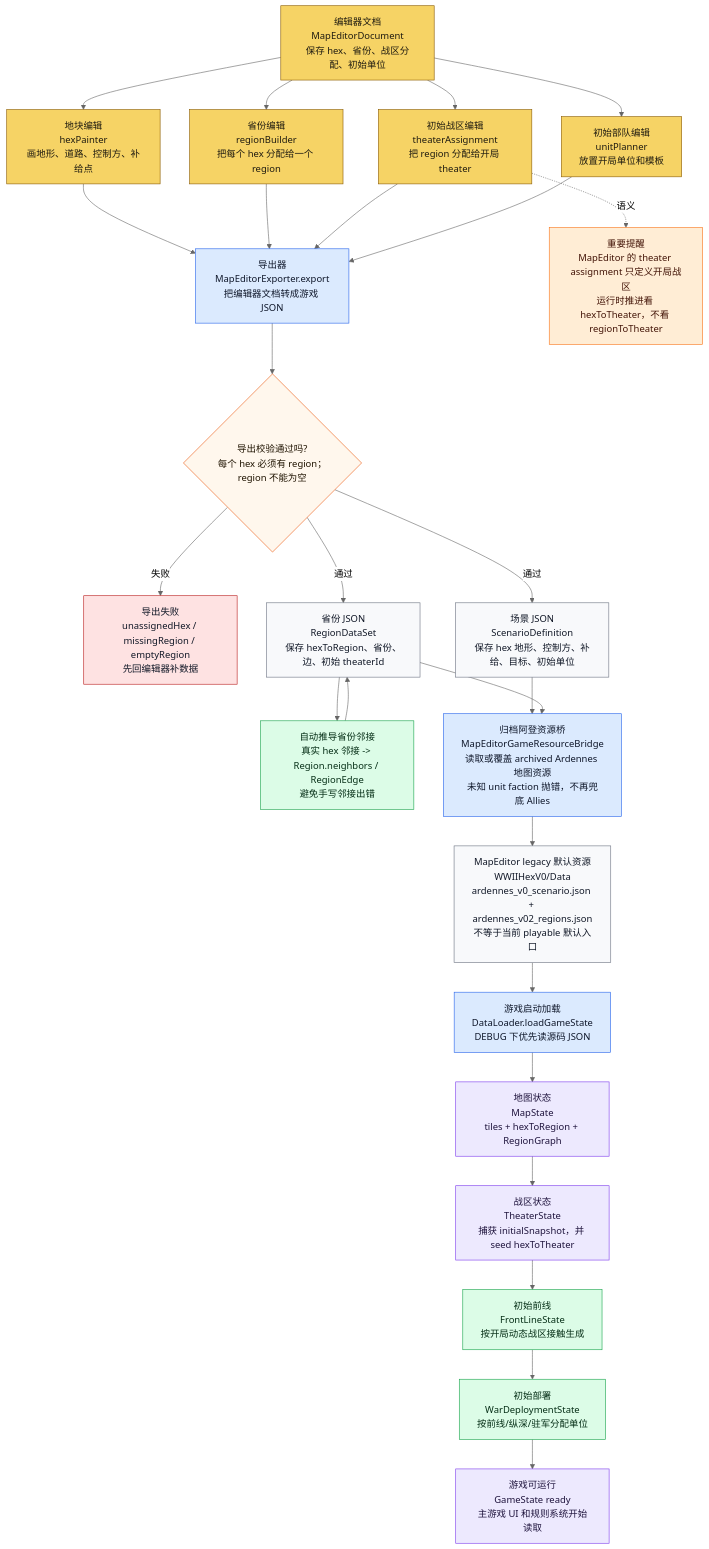
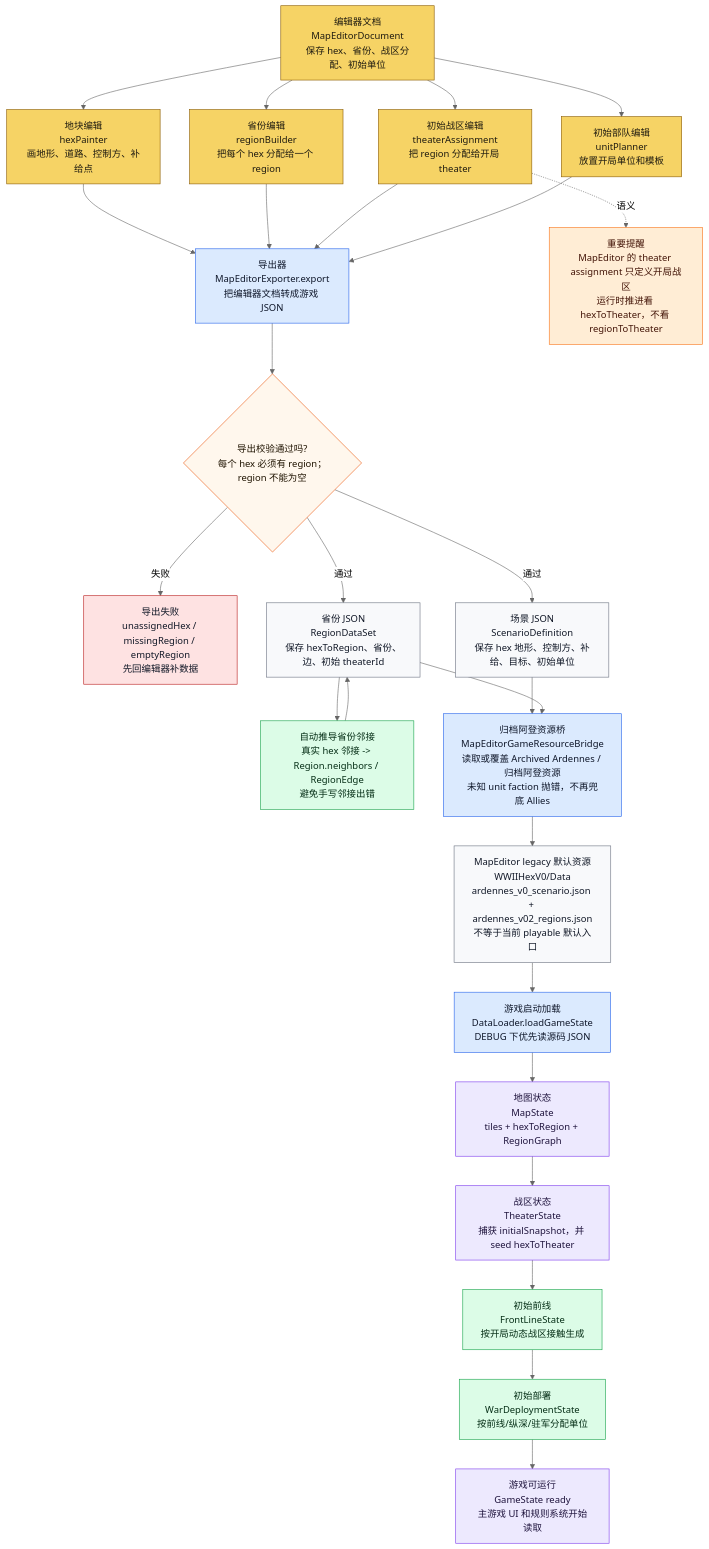
The sixth of 9 diagrams in md/flow/flowchart.md (Altman-sam114/122), drawn with Mermaid (neutral theme) before and after one commit. The commit also changed other lines of this file and 8 other files, not shown here.

````diff
--- a/md/flow/flowchart.md
+++ b/md/flow/flowchart.md
@@ -342,48 +342,48 @@
 ```mermaid
 flowchart TD
     DOC["编辑器文档<br/>MapEditorDocument<br/>保存 hex、省份、战区分配、初始单位"]:::editor
     MODE1["地块编辑<br/>hexPainter<br/>画地形、道路、控制方、补给点"]:::editor
     MODE2["省份编辑<br/>regionBuilder<br/>把每个 hex 分配给一个 region"]:::editor
     MODE3["初始战区编辑<br/>theaterAssignment<br/>把 region 分配给开局 theater"]:::editor
     MODE4["初始部队编辑<br/>unitPlanner<br/>放置开局单位和模板"]:::editor
     EXPORT["导出器<br/>MapEditorExporter.export<br/>把编辑器文档转成游戏 JSON"]:::loader
     CHECK{"导出校验通过吗?<br/>每个 hex 必须有 region；region 不能为空"}:::decision
     ERR["导出失败<br/>unassignedHex / missingRegion / emptyRegion<br/>先回编辑器补数据"]:::stop
     SCEN["场景 JSON<br/>ScenarioDefinition<br/>保存 hex 地形、控制方、补给、目标、初始单位"]:::data
     REG["省份 JSON<br/>RegionDataSet<br/>保存 hexToRegion、省份、边、初始 theaterId"]:::data
     NEI["自动推导省份邻接<br/>真实 hex 邻接 -> Region.neighbors / RegionEdge<br/>避免手写邻接出错"]:::derived
-    BRIDGE["归档阿登资源桥<br/>MapEditorGameResourceBridge<br/>读取或覆盖 archived Ardennes 地图资源<br/>未知 unit faction 抛错，不再兜底 Allies"]:::loader
+    BRIDGE["归档阿登资源桥<br/>MapEditorGameResourceBridge<br/>读取或覆盖 Archived Ardennes / 归档阿登资源<br/>未知 unit faction 抛错，不再兜底 Allies"]:::loader
     FILES["MapEditor legacy 默认资源<br/>WWIIHexV0/Data<br/>ardennes_v0_scenario.json + ardennes_v02_regions.json<br/>不等于当前 playable 默认入口"]:::data
     LOAD["游戏启动加载<br/>DataLoader.loadGameState<br/>DEBUG 下优先读源码 JSON"]:::loader
     MAP["地图状态<br/>MapState<br/>tiles + hexToRegion + RegionGraph"]:::state
     THEATER["战区状态<br/>TheaterState<br/>捕获 initialSnapshot，并 seed hexToTheater"]:::state
     FRONT["初始前线<br/>FrontLineState<br/>按开局动态战区接触生成"]:::derived
     DEPLOY["初始部署<br/>WarDeploymentState<br/>按前线/纵深/驻军分配单位"]:::derived
     GAME["游戏可运行<br/>GameState ready<br/>主游戏 UI 和规则系统开始读取"]:::state
 
     DOC --> MODE1 --> EXPORT
     DOC --> MODE2 --> EXPORT
     DOC --> MODE3 --> EXPORT
     DOC --> MODE4 --> EXPORT
     EXPORT --> CHECK
     CHECK -->|失败| ERR
     CHECK -->|通过| SCEN
     CHECK -->|通过| REG
     REG --> NEI --> REG
     SCEN --> BRIDGE
     REG --> BRIDGE
     BRIDGE --> FILES
     FILES --> LOAD --> MAP --> THEATER --> FRONT --> DEPLOY --> GAME
 
     NOTE["重要提醒<br/>MapEditor 的 theater assignment 只定义开局战区<br/>运行时推进看 hexToTheater，不看 regionToTheater"]:::warn
     MODE3 -.语义.-> NOTE
 
     classDef editor fill:#f6d365,stroke:#8a5a00,color:#1f1b10
     classDef loader fill:#dbeafe,stroke:#2563eb,color:#0f172a
     classDef decision fill:#fff7ed,stroke:#ea580c,color:#1f1300
     classDef stop fill:#fee2e2,stroke:#b91c1c,color:#111827
     classDef data fill:#f8f9fb,stroke:#6b7280,color:#111827
     classDef derived fill:#dcfce7,stroke:#16a34a,color:#052e16
     classDef state fill:#ede9fe,stroke:#7c3aed,color:#1f143d
     classDef warn fill:#ffedd5,stroke:#f97316,color:#431407
 ```
````
